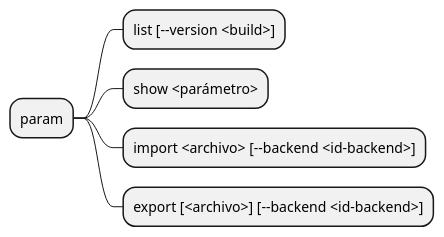
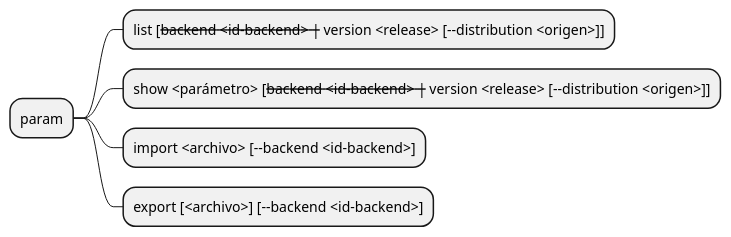
One commit to mstranich/coquena changed the fifth of 13 diagrams in docs/comandos.md. Above: the diagram before and after it, drawn with PlantUML. The commit also changed other lines of this file and 11 other files, not shown here.

````diff
--- a/docs/comandos.md
+++ b/docs/comandos.md
@@ -172,9 +189,9 @@
 ```plantuml
 @startmindmap
 * param
-** list [--version <build>]
-** show <parámetro>
+** list [--backend <id-backend> | --version <release> [--distribution <origen>]]
+** show <parámetro> [--backend <id-backend> | --version <release> [--distribution <origen>]]
 ** import <archivo> [--backend <id-backend>]
 ** export [<archivo>] [--backend <id-backend>]
 @endmindmap
 ```
````
